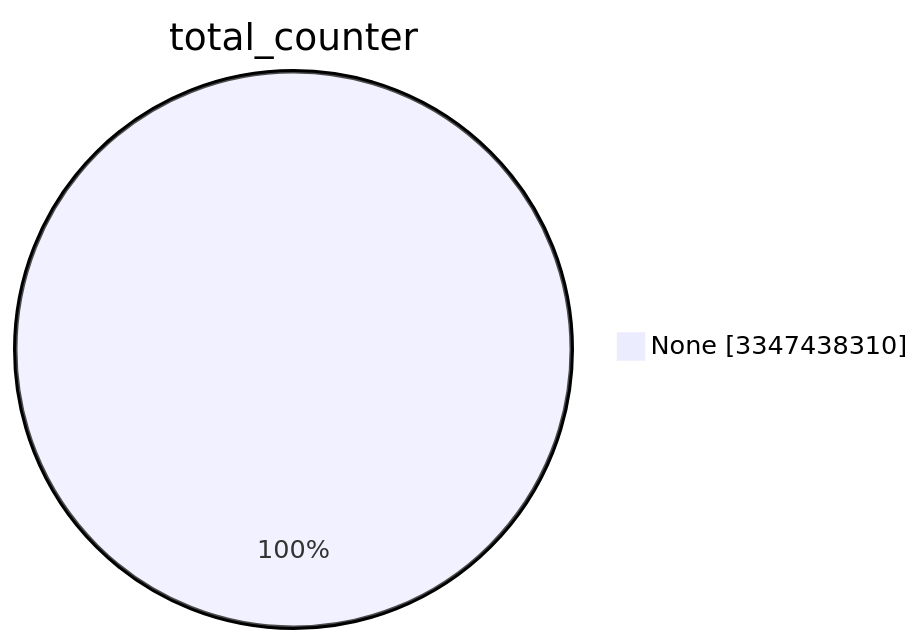
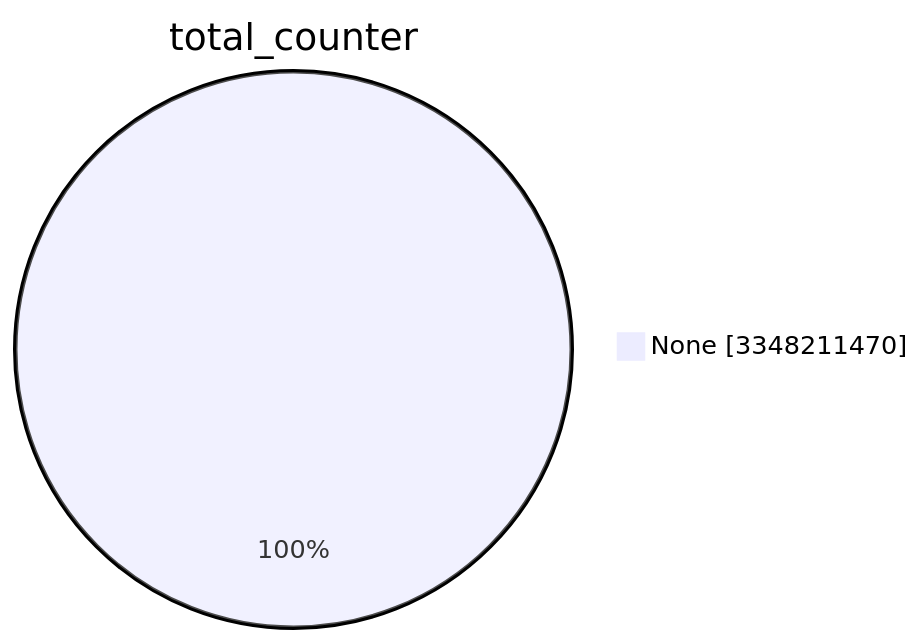
The first of 15 diagrams in TOTAL/README.md (christiankrug/ctmonitor_visualization), drawn with Mermaid before and after one commit. The commit also changed other lines of this file, not shown here.

````diff
--- a/TOTAL/README.md
+++ b/TOTAL/README.md
@@ -1,5 +1,5 @@
 ```mermaid
 pie showData
 title total_counter
-"None" :3347438310
+"None" :3348211470
 ```
````
